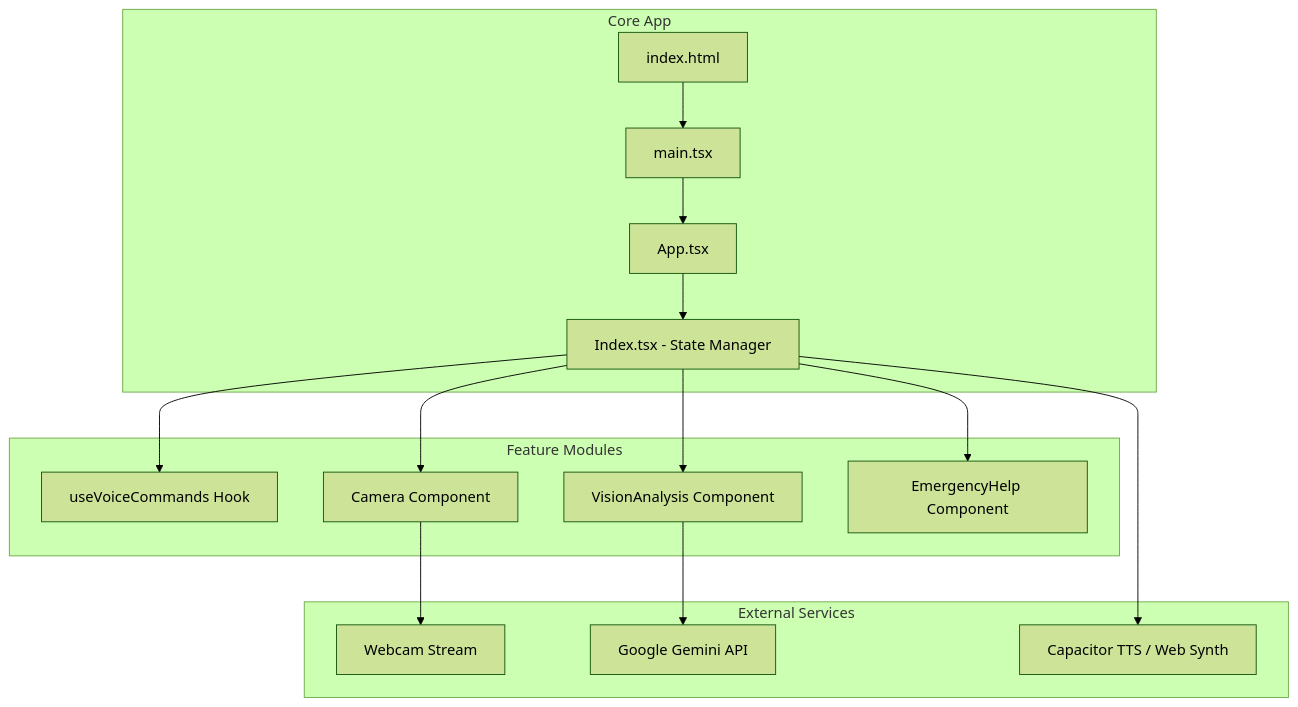
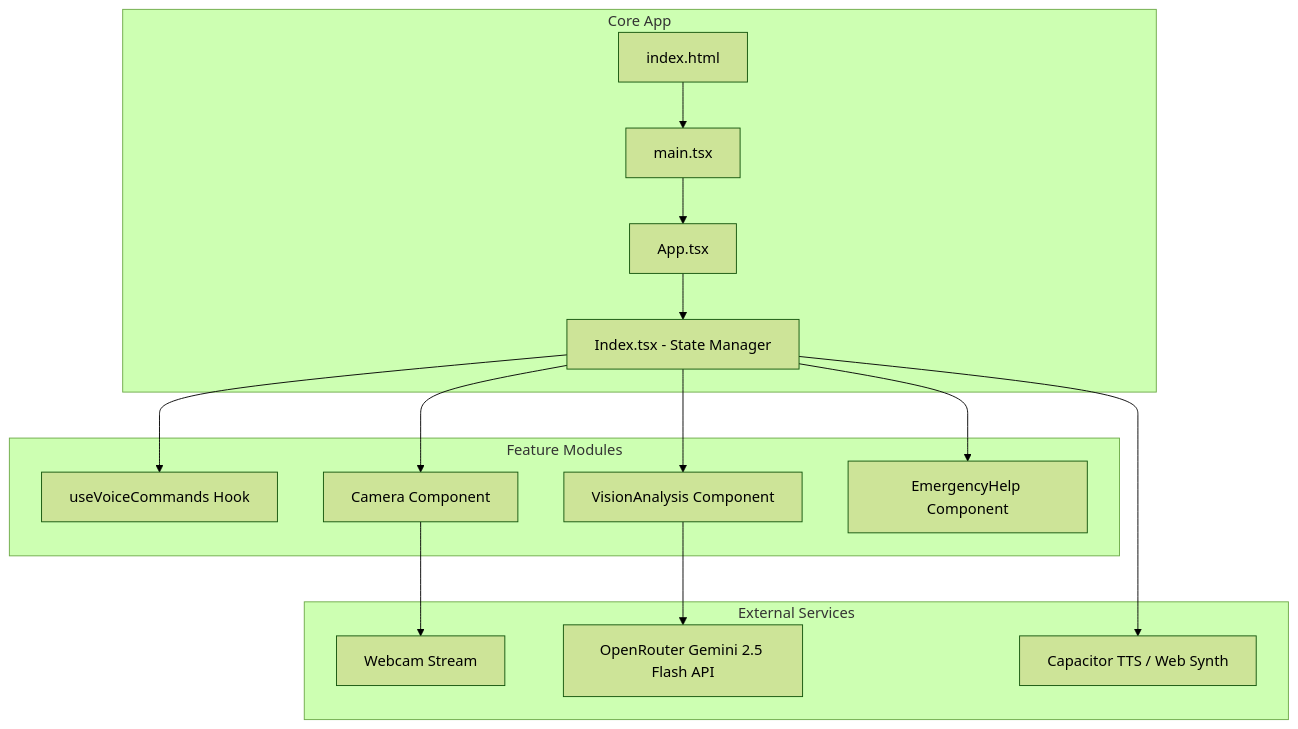
Before and after one commit to arindayum/noongil-vision-guide: the first of 2 diagrams in PROJECT_DOCUMENTATION.md, drawn with Mermaid (forest theme). The commit also changed other lines of this file and 5 other files, not shown here.

Commit message:
updated to open router api key

````diff
--- a/PROJECT_DOCUMENTATION.md
+++ b/PROJECT_DOCUMENTATION.md
@@ -25,21 +25,21 @@
 ```mermaid
 graph TD
     subgraph "Core App"
         A[index.html] --> B[main.tsx]
         B --> C[App.tsx]
         C --> D[Index.tsx - State Manager]
     end
 
     subgraph "Feature Modules"
         D --> E[useVoiceCommands Hook]
         D --> F[Camera Component]
         D --> G[VisionAnalysis Component]
         D --> H[EmergencyHelp Component]
     end
 
     subgraph "External Services"
         F --> I[Webcam Stream]
-        G --> J[Google Gemini API]
+        G --> J[OpenRouter Gemini 2.5 Flash API]
         D --> K[Capacitor TTS / Web Synth]
     end
 ```
````
